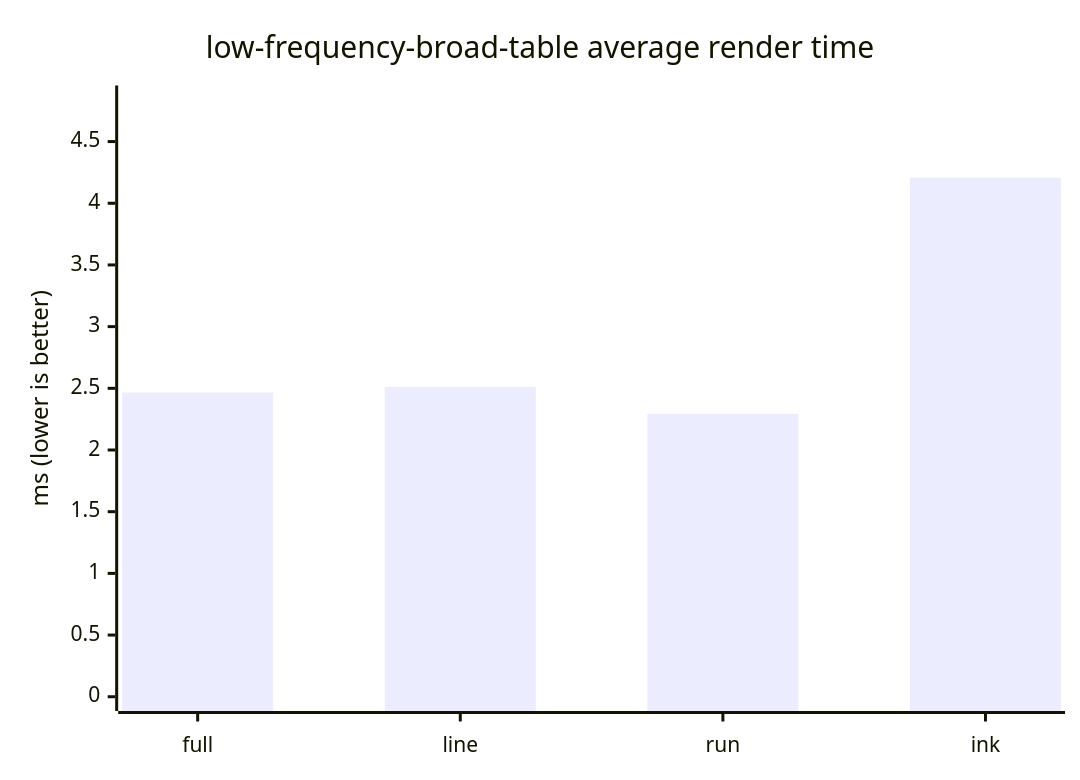
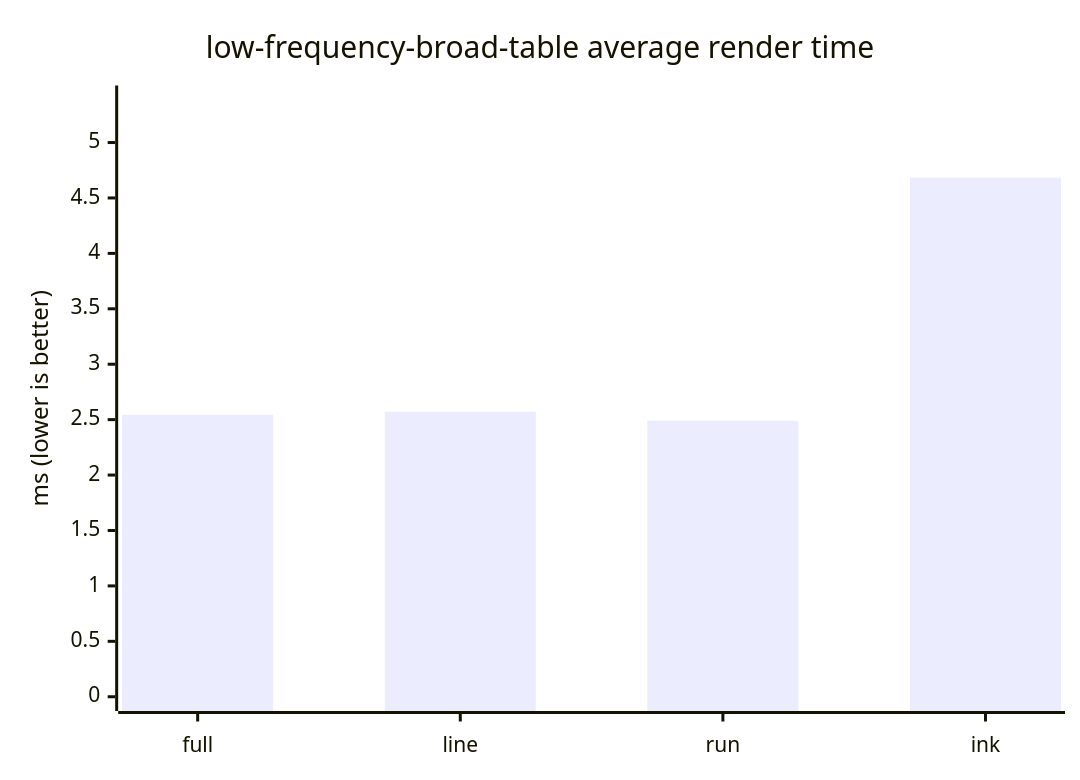
One commit to ByteLandTechnology/tinky changed the fifth of 10 diagrams in docs/benchmark.md. Above: the diagram before and after it, drawn with Mermaid. The commit also changed other lines of this file and 3 other files, not shown here.

````diff
--- a/docs/benchmark.md
+++ b/docs/benchmark.md
@@ -106,7 +106,7 @@
 ```mermaid
 xychart-beta
     title "low-frequency-broad-table average render time"
     x-axis ["full", "line", "run", "ink"]
-    y-axis "ms (lower is better)" 0 --> 4.839
-    bar [2.466, 2.512, 2.293, 4.207]
+    y-axis "ms (lower is better)" 0 --> 5.386
+    bar [2.544, 2.571, 2.491, 4.684]
 ```
````
